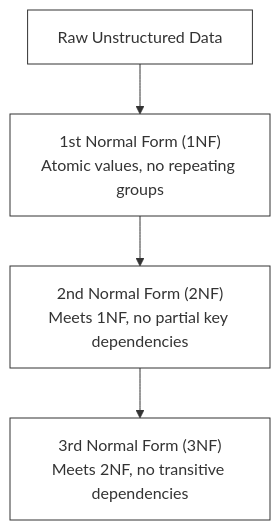
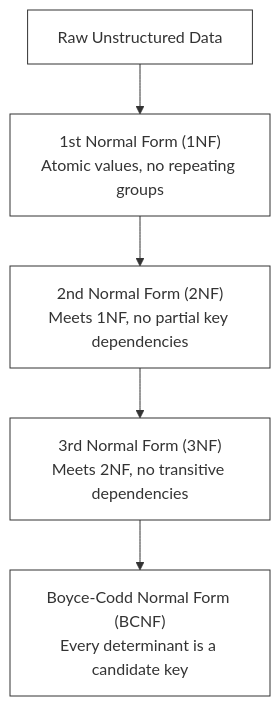
The diagram in foundation/f03-sql-deep-dive/README.md (nishant-iith/learning-with-projects), drawn with Mermaid before and after one commit. The commit also changed other lines of this file and 61 other files, not shown here.

````diff
--- a/foundation/f03-sql-deep-dive/README.md
+++ b/foundation/f03-sql-deep-dive/README.md
@@ -11,8 +25,9 @@
 ```mermaid
 graph TD
     classDef default fill:#ffffff,stroke:#333333,stroke-width:1px,color:#333333;
 
     Raw["Raw Unstructured Data"] --> NF1["1st Normal Form (1NF)<br>Atomic values, no repeating groups"]
     NF1 --> NF2["2nd Normal Form (2NF)<br>Meets 1NF, no partial key dependencies"]
     NF2 --> NF3["3rd Normal Form (3NF)<br>Meets 2NF, no transitive dependencies"]
+    NF3 --> BCNF["Boyce-Codd Normal Form (BCNF)<br>Every determinant is a candidate key"]
 ```
````
